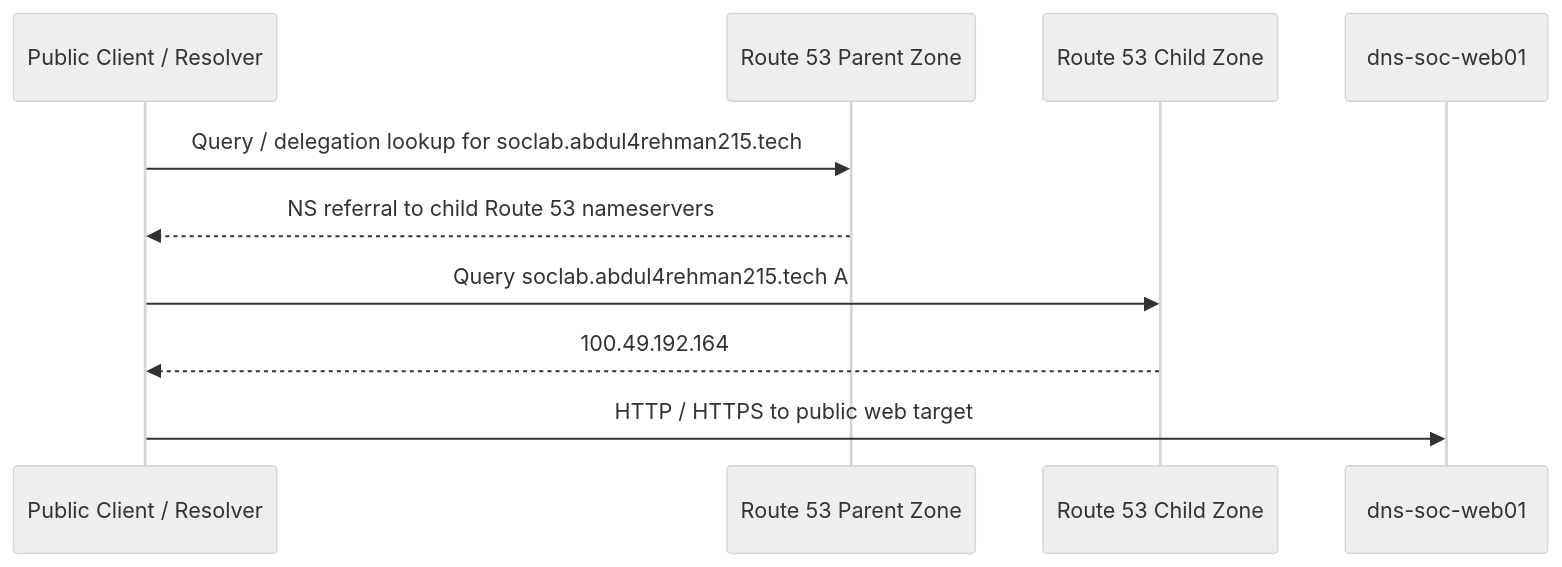
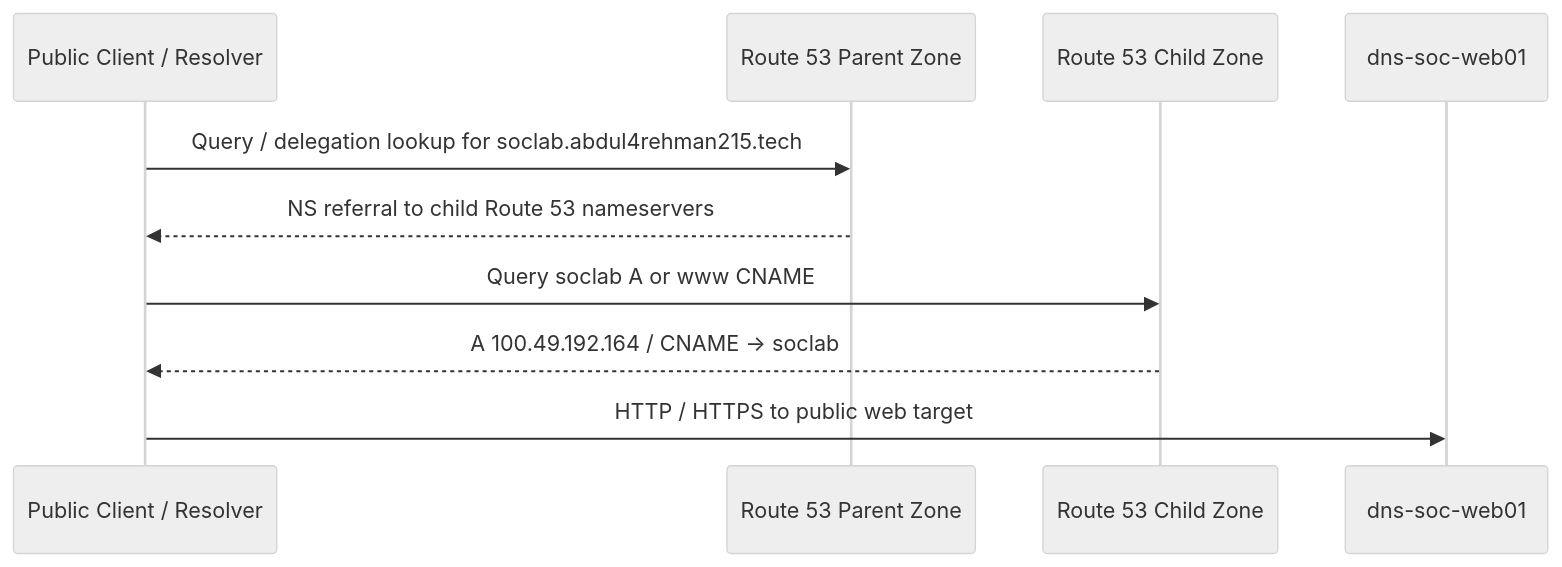
Before and after one commit to DNS-SOC-Lab/DNS-Lab-Infrastructure: the first of 3 diagrams in 01-network-architecture/traffic-flow.md, drawn with Mermaid (neutral theme). The commit also changed other lines of this file, not shown here.

Commit message:
docs(flow): trace DNS into the web path

````diff
--- a/01-network-architecture/traffic-flow.md
+++ b/01-network-architecture/traffic-flow.md
@@ -7,13 +7,13 @@
 ```mermaid
 sequenceDiagram
     participant C as Public Client / Resolver
     participant P as Route 53 Parent Zone
     participant D as Route 53 Child Zone
     participant W as dns-soc-web01
 
     C->>P: Query / delegation lookup for soclab.abdul4rehman215.tech
     P-->>C: NS referral to child Route 53 nameservers
-    C->>D: Query soclab.abdul4rehman215.tech A
-    D-->>C: 100.49.192.164
+    C->>D: Query soclab A or www CNAME
+    D-->>C: A 100.49.192.164 / CNAME -> soclab
     C->>W: HTTP / HTTPS to public web target
 ```
````
